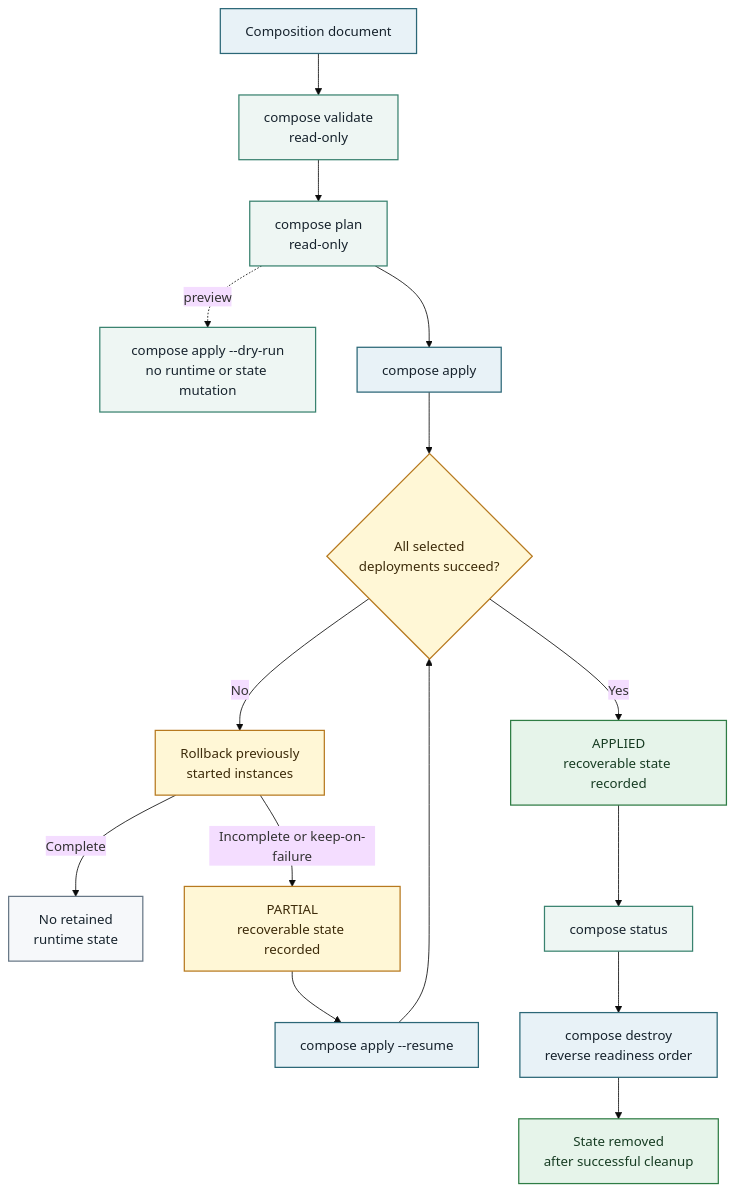
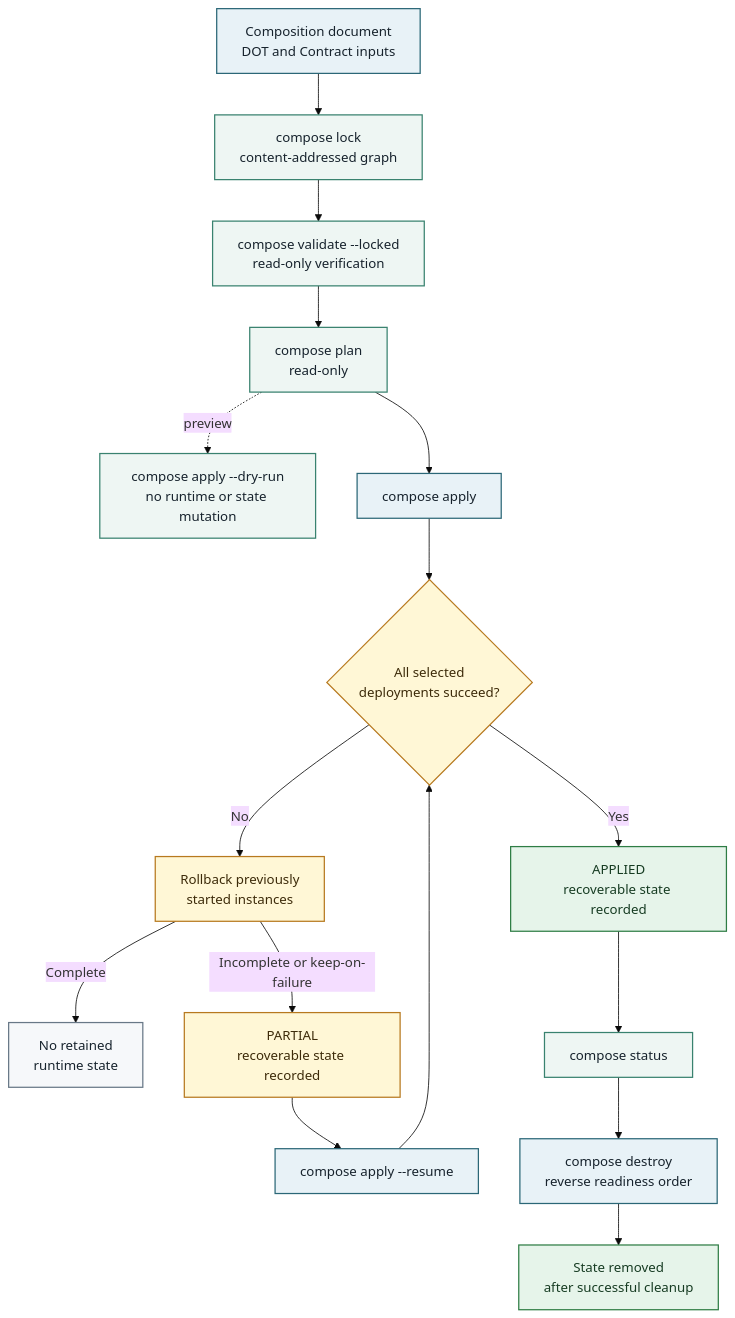
One commit to MARE-EU-Project/DOT-Docs changed the diagram in DOT-Design/0.1.0/dot-design/_attachments/diagrams/composition-lifecycle.mmd. Above: the diagram before and after it, drawn with Mermaid (base theme). The commit also changed 6 other files, not shown here.

```diff
--- a/DOT-Design/0.1.0/dot-design/_attachments/diagrams/composition-lifecycle.mmd
+++ b/DOT-Design/0.1.0/dot-design/_attachments/diagrams/composition-lifecycle.mmd
@@ -1,33 +1,34 @@
 flowchart TD
   accTitle: Composition command and recovery lifecycle
-  accDescr: Validate and plan are read-only, dry-run previews actions, apply records either an applied or recoverable state, and destroy removes state only after successful cleanup.
+  accDescr: Lock content-addresses the DOT-to-DOT graph, validate and plan verify it read-only, dry-run previews actions, apply records either an applied or recoverable state, and destroy removes state only after successful cleanup.
 
-  Document["Composition document"] --> Validate["compose validate<br/>read-only"]
+  Document["Composition document<br/>DOT and Contract inputs"] --> Lock["compose lock<br/>content-addressed graph"]
+  Lock --> Validate["compose validate --locked<br/>read-only verification"]
   Validate --> Plan["compose plan<br/>read-only"]
   Plan -.->|preview| DryRun["compose apply --dry-run<br/>no runtime or state mutation"]
   Plan --> Apply["compose apply"]
   Apply --> Outcome{"All selected<br/>deployments succeed?"}
   Outcome -->|Yes| Applied["APPLIED<br/>recoverable state recorded"]
   Outcome -->|No| Rollback["Rollback previously<br/>started instances"]
   Rollback -->|Complete| Failed["No retained<br/>runtime state"]
   Rollback -->|Incomplete or keep-on-failure| Recoverable["PARTIAL<br/>recoverable state recorded"]
   Recoverable --> Resume["compose apply --resume"]
   Resume --> Outcome
   Applied --> Status["compose status"]
   Status --> Destroy["compose destroy<br/>reverse readiness order"]
   Destroy --> Removed["State removed<br/>after successful cleanup"]
 
   classDef source fill:#e8f2f7,stroke:#2b6777,color:#17232d,stroke-width:1.5px;
   classDef readonly fill:#eef6f3,stroke:#39826f,color:#17232d,stroke-width:1.5px;
   classDef mutation fill:#e8f2f7,stroke:#2b6777,color:#17232d,stroke-width:1.5px;
   classDef decision fill:#fff7d6,stroke:#b7791f,color:#3d2b0a,stroke-width:1.5px;
   classDef success fill:#e6f4ea,stroke:#2f7d45,color:#173c23,stroke-width:1.5px;
   classDef recovery fill:#fff7d6,stroke:#b7791f,color:#3d2b0a,stroke-width:1.5px;
   classDef terminal fill:#f6f8fa,stroke:#687887,color:#17232d,stroke-width:1.5px;
   class Document source;
-  class Validate,Plan,DryRun,Status readonly;
+  class Lock,Validate,Plan,DryRun,Status readonly;
   class Apply,Resume,Destroy mutation;
   class Outcome decision;
   class Applied,Removed success;
   class Rollback,Recoverable recovery;
   class Failed terminal;
```
